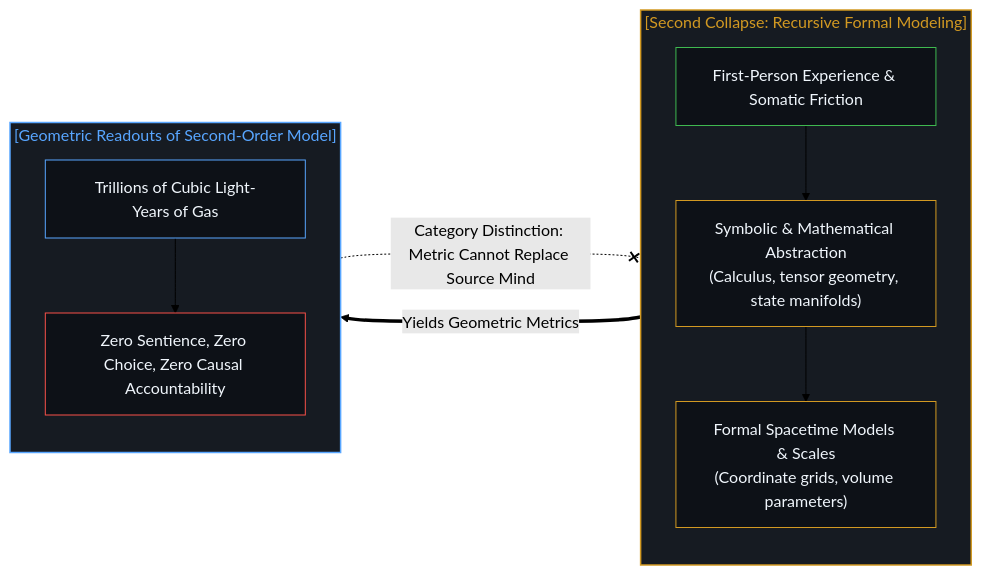
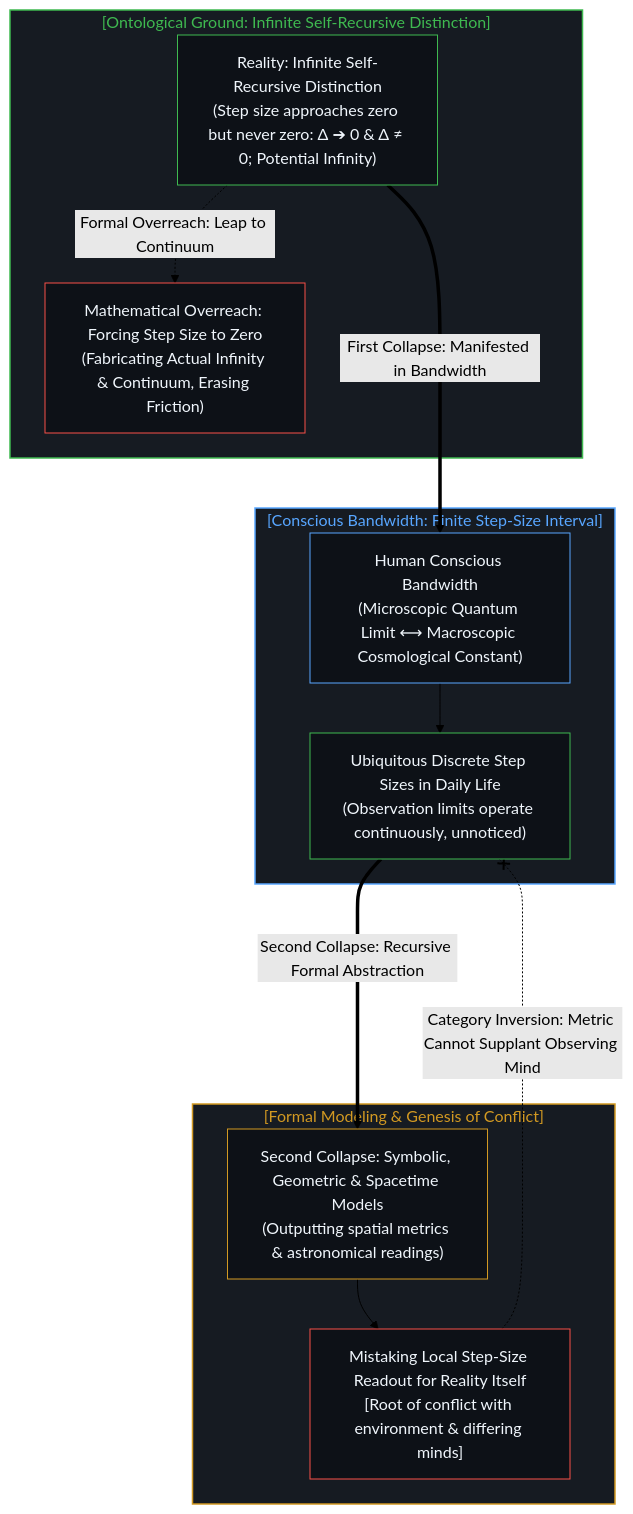
Before and after one commit to powerpig99/not-a-toe: the fourth of 8 diagrams in content/posts/one-cannot-escape-ones-own-mind.md, drawn with Mermaid (forest theme). The commit also changed other lines of this file and 2 other files, not shown here.

Commit message:
Refine Post #332: Deepen second collapse with reality as infinite self-recursive distinction, potential infinity, consciousness bandwidth, and conflict genesis

````diff
--- a/content/posts/one-cannot-escape-ones-own-mind.md
+++ b/content/posts/one-cannot-escape-ones-own-mind.md
@@ -124,24 +142,34 @@
 ```mermaid
-flowchart LR
-    subgraph S_SecondCollapse_EN ["[Second Collapse: Recursive Formal Modeling]"]
-        direction TB
-        ME2["First-Person Experience & Somatic Friction"] --> FE1["Symbolic & Mathematical Abstraction<br/>(Calculus, tensor geometry, state manifolds)"]
-        FE1 --> FE2["Formal Spacetime Models & Scales<br/>(Coordinate grids, volume parameters)"]
+flowchart TD
+    subgraph S_OntologyRecursion_EN ["[Ontological Ground: Infinite Self-Recursive Distinction]"]
+        RE_REC["Reality: Infinite Self-Recursive Distinction<br/>(Step size approaches zero but never zero: Δ ➔ 0 & Δ ≠ 0; Potential Infinity)"]
+        MATH_ERR_EN["Mathematical Overreach: Forcing Step Size to Zero<br/>(Fabricating Actual Infinity & Continuum, Erasing Friction)"]
+        RE_REC -.->|"Formal Overreach: Leap to Continuum"| MATH_ERR_EN
     end
 
-    subgraph S_InertExtension_EN ["[Geometric Readouts of Second-Order Model]"]
-        direction TB
-        VE1["Trillions of Cubic Light-Years of Gas"] --> VE2["Zero Sentience, Zero Choice, Zero Causal Accountability"]
+    subgraph S_ConsciousBandwidth_EN ["[Conscious Bandwidth: Finite Step-Size Interval]"]
+        BANDE["Human Conscious Bandwidth<br/>(Microscopic Quantum Limit ⟷ Macroscopic Cosmological Constant)"]
+        DAILY_EN["Ubiquitous Discrete Step Sizes in Daily Life<br/>(Observation limits operate continuously, unnoticed)"]
+        BANDE --> DAILY_EN
     end
 
-    FE2 ===>|"Yields Geometric Metrics"| VE1
-    VE2 -.-x|"Category Distinction: Metric Cannot Replace Source Mind"| ME2
+    subgraph S_ModelAndConflict_EN ["[Formal Modeling & Genesis of Conflict]"]
+        FE_MODEL["Second Collapse: Symbolic, Geometric & Spacetime Models<br/>(Outputting spatial metrics & astronomical readings)"]
+        CONFLICT_EN["Mistaking Local Step-Size Readout for Reality Itself<br/>[Root of conflict with environment & differing minds]"]
+        FE_MODEL --> CONFLICT_EN
+    end
 
-    style S_SecondCollapse_EN fill:#161b22,stroke:#d29922,stroke-width:1.5px,color:#d29922
-    style S_InertExtension_EN fill:#161b22,stroke:#58a6ff,stroke-width:1.5px,color:#58a6ff
-    style ME2 fill:#0d1117,stroke:#3fb950,stroke-width:1px,color:#f0f6fc
-    style FE1 fill:#0d1117,stroke:#d29922,stroke-width:1px,color:#f0f6fc
-    style FE2 fill:#0d1117,stroke:#d29922,stroke-width:1px,color:#f0f6fc
-    style VE1 fill:#0d1117,stroke:#58a6ff,stroke-width:1px,color:#f0f6fc
-    style VE2 fill:#0d1117,stroke:#f85149,stroke-width:1px,color:#f0f6fc
+    RE_REC ===>|"First Collapse: Manifested in Bandwidth"| BANDE
+    DAILY_EN ===>|"Second Collapse: Recursive Formal Abstraction"| FE_MODEL
+    CONFLICT_EN -.-x|"Category Inversion: Metric Cannot Supplant Observing Mind"| DAILY_EN
+
+    style S_OntologyRecursion_EN fill:#161b22,stroke:#3fb950,stroke-width:1.5px,color:#3fb950
+    style S_ConsciousBandwidth_EN fill:#161b22,stroke:#58a6ff,stroke-width:1.5px,color:#58a6ff
+    style S_ModelAndConflict_EN fill:#161b22,stroke:#d29922,stroke-width:1.5px,color:#d29922
+    style RE_REC fill:#0d1117,stroke:#3fb950,stroke-width:1px,color:#f0f6fc
+    style MATH_ERR_EN fill:#0d1117,stroke:#f85149,stroke-width:1px,color:#f0f6fc
+    style BANDE fill:#0d1117,stroke:#58a6ff,stroke-width:1px,color:#f0f6fc
+    style DAILY_EN fill:#0d1117,stroke:#3fb950,stroke-width:1px,color:#f0f6fc
+    style FE_MODEL fill:#0d1117,stroke:#d29922,stroke-width:1px,color:#f0f6fc
+    style CONFLICT_EN fill:#0d1117,stroke:#f85149,stroke-width:1px,color:#f0f6fc
 ```
````
